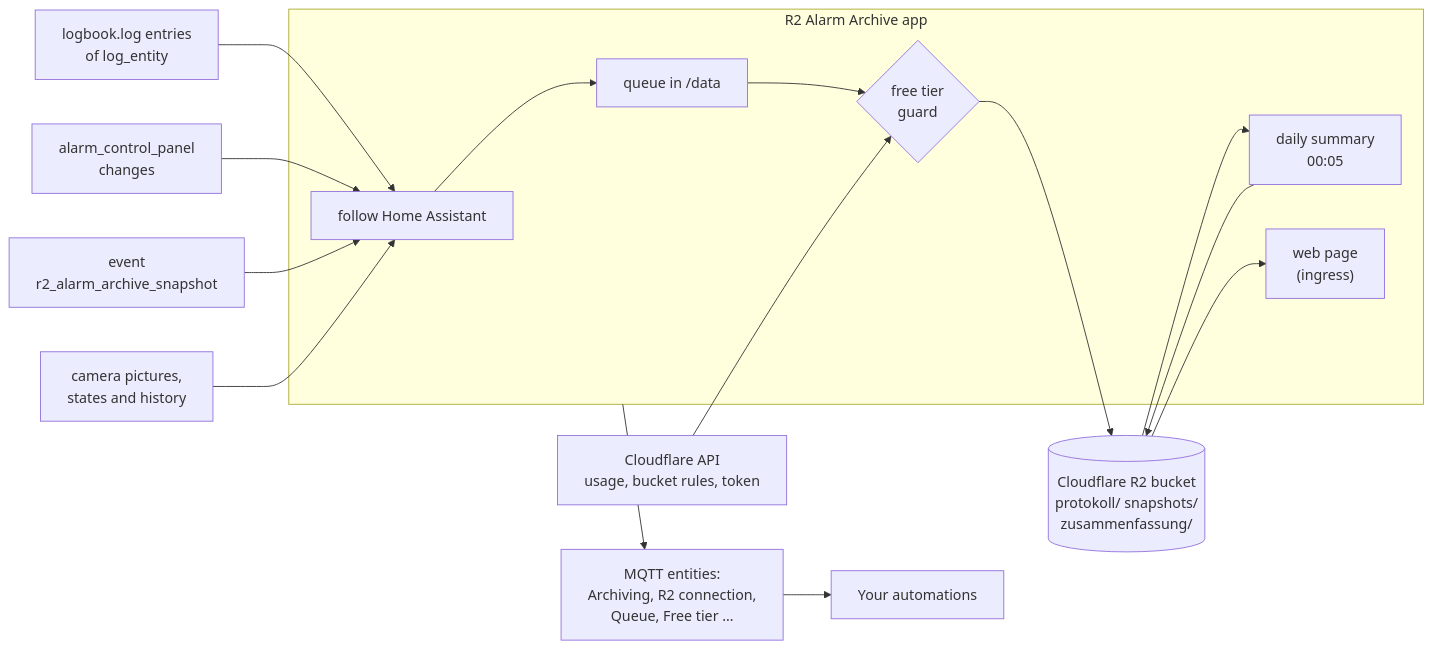
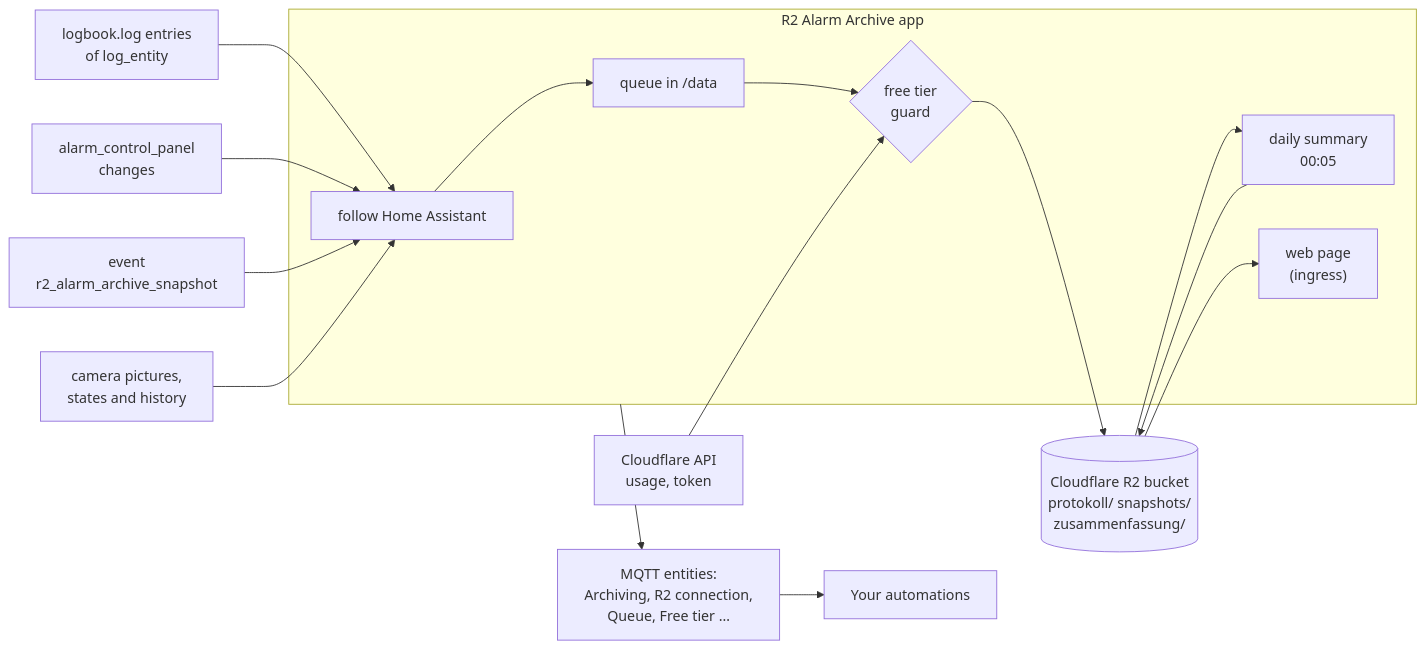
Before and after one commit to n-schilling/ha-app-r2-alarm-archive: the diagram in README.md, drawn with Mermaid. The commit also changed other lines of this file and 21 other files, not shown here.

First line of the commit message:
Leave the bucket's rules to Cloudflare; pin the base image by digest

````diff
--- a/README.md
+++ b/README.md
@@ -38,19 +38,19 @@
 ```mermaid
 flowchart LR
     log["logbook.log entries<br>of log_entity"] --> follow
     panel["alarm_control_panel<br>changes"] --> follow
     request["event<br>r2_alarm_archive_snapshot"] --> follow
     cams["camera pictures,<br>states and history"] --> follow
     subgraph app["R2 Alarm Archive app"]
         follow["follow Home Assistant"] --> queue["queue in /data"]
         queue --> guard{"free tier<br>guard"}
         summary["daily summary<br>00:05"]
         page["web page<br>(ingress)"]
     end
     guard --> bucket[("Cloudflare R2 bucket<br>protokoll/ snapshots/<br>zusammenfassung/")]
     bucket --> summary --> bucket
     bucket --> page
-    analytics["Cloudflare API<br>usage, bucket rules, token"] --> guard
+    analytics["Cloudflare API<br>usage, token"] --> guard
     app --> mqtt["MQTT entities:<br>Archiving, R2 connection,<br>Queue, Free tier …"]
     mqtt --> auto["Your automations"]
 ```
````
